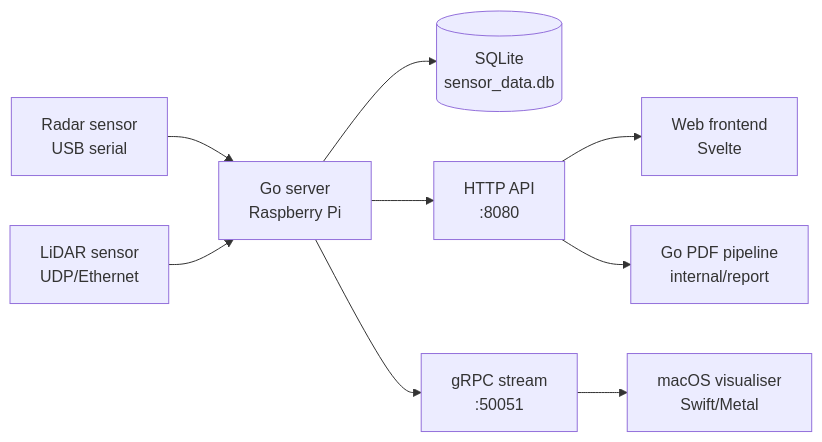
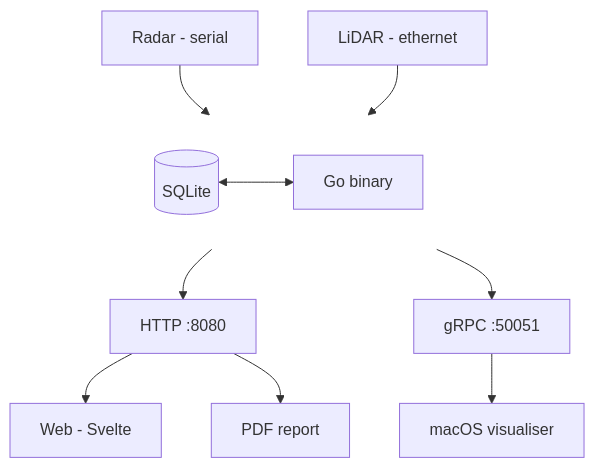
Before and after one commit to banshee-data/velocity.report: the diagram in CLAUDE.md, drawn with Mermaid.

Commit message:
[doc] update flowchart in CLAUDE.md for clarity and accuracy

````diff
--- a/CLAUDE.md
+++ b/CLAUDE.md
@@ -94,11 +94,19 @@
 ```mermaid
-flowchart LR
-	Radar[Radar sensor\nUSB serial] --> Go[Go server\nRaspberry Pi]
-	Lidar[LiDAR sensor\nUDP/Ethernet] --> Go
-	Go --> DB[(SQLite\nsensor_data.db)]
-	Go --> API[HTTP API\n:8080]
-	Go --> GRPC[gRPC stream\n:50051]
-	API --> Web[Web frontend\nSvelte]
-	API --> PDF[Go PDF pipeline\ninternal/report]
-	GRPC --> Vis[macOS visualiser\nSwift/Metal]
+flowchart TB
+	Radar[Radar - serial] --> Go[Go binary]
+	Lidar[LiDAR - ethernet] --> Go
+
+	subgraph A[ ]
+		direction LR
+		Go
+		DB[(SQLite)]
+	end
+	style A fill:transparent,stroke:transparent
+
+	DB <--> Go
+	Go --> API[HTTP :8080]
+	Go --> GRPC[gRPC :50051]
+	API --> Web[Web - Svelte]
+	API --> PDF[PDF report]
+	GRPC --> Vis[macOS visualiser]
 ```
````
